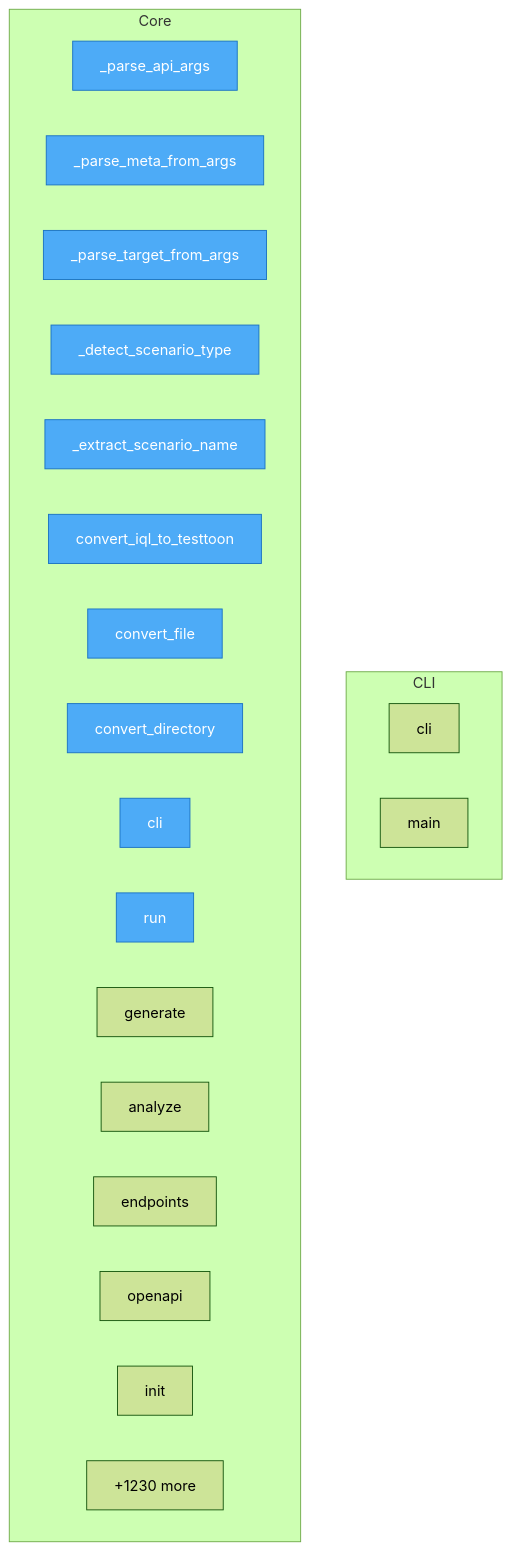
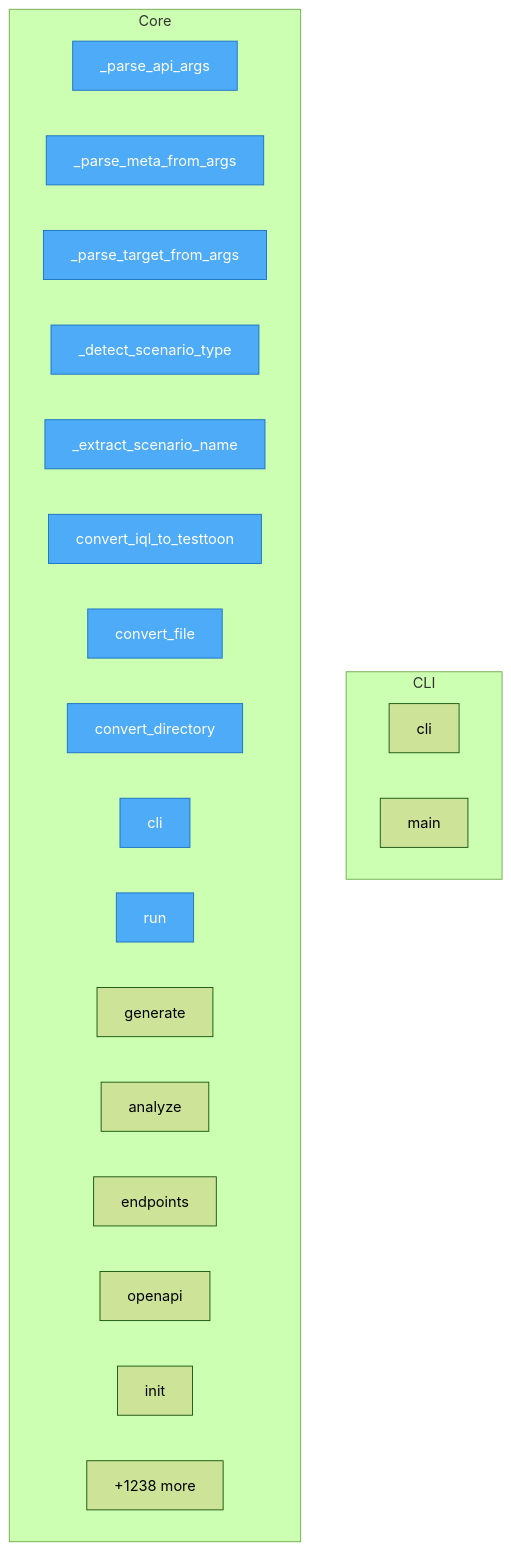
Before and after one commit to oqlos/testql: the diagram in project/flow.mmd, drawn with Mermaid (forest theme). The commit also changed 52 other files, not shown here.

```diff
--- a/project/flow.mmd
+++ b/project/flow.mmd
@@ -1,30 +1,30 @@
 flowchart TD
 
     %% Entry points (blue)
     classDef entry fill:#4dabf7,stroke:#1971c2,color:#fff
 
     subgraph CLI
         testql__cli__cli["cli"]
         testql__cli__main["main"]
     end
 
     subgraph Core
         code2llm_output__map__toon___parse_api_args["_parse_api_args"]
         code2llm_output__map__toon___parse_meta_from_args["_parse_meta_from_args"]
         code2llm_output__map__toon___parse_target_from_args["_parse_target_from_args"]
         code2llm_output__map__toon___detect_scenario_type["_detect_scenario_type"]
         code2llm_output__map__toon___extract_scenario_name["_extract_scenario_name"]
         code2llm_output__map__toon__convert_iql_to_testtoon["convert_iql_to_testtoon"]
         code2llm_output__map__toon__convert_file["convert_file"]
         code2llm_output__map__toon__convert_directory["convert_directory"]
         code2llm_output__map__toon__cli["cli"]
         code2llm_output__map__toon__run["run"]
         code2llm_output__map__toon__generate["generate"]
         code2llm_output__map__toon__analyze["analyze"]
         code2llm_output__map__toon__endpoints["endpoints"]
         code2llm_output__map__toon__openapi["openapi"]
         code2llm_output__map__toon__init["init"]
-        ...["+1230 more"]
+        ...["+1238 more"]
     end
 
     class code2llm_output__map__toon___parse_api_args,code2llm_output__map__toon___parse_meta_from_args,code2llm_output__map__toon___parse_target_from_args,code2llm_output__map__toon___detect_scenario_type,code2llm_output__map__toon___extract_scenario_name,code2llm_output__map__toon__convert_iql_to_testtoon,code2llm_output__map__toon__convert_file,code2llm_output__map__toon__convert_directory,code2llm_output__map__toon__cli,code2llm_output__map__toon__run entry
```
